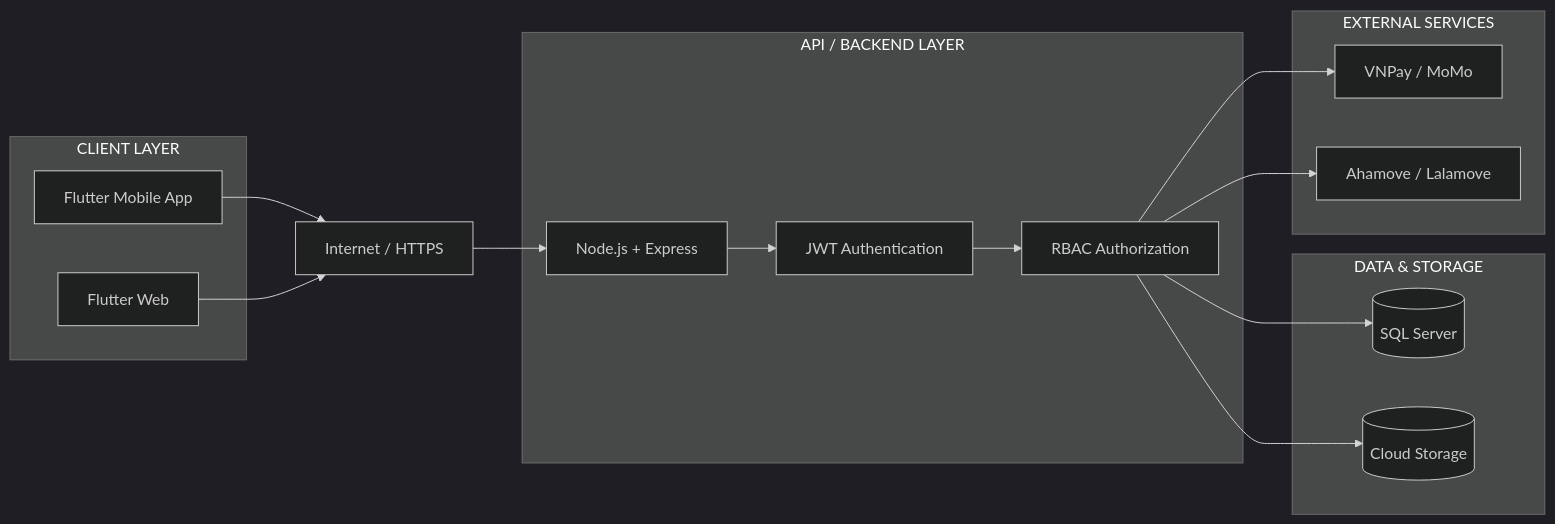
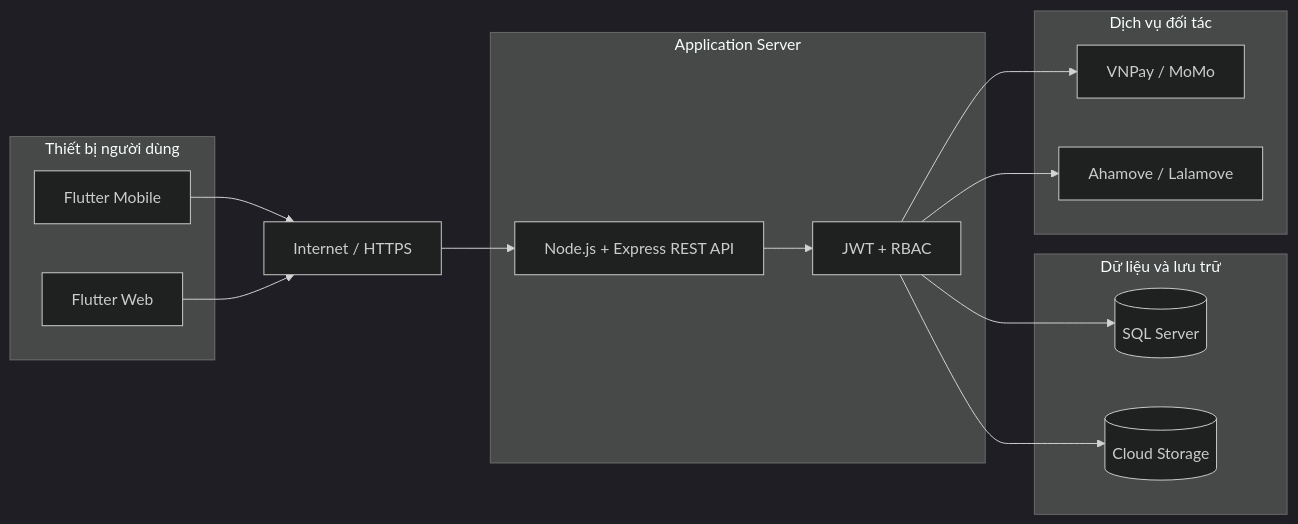
The first of 5 diagrams in doc/week 2/sơ đồ kiến trúc & triển khai.md (huylamnhat/Photographer-enthusiastic-environment), drawn with Mermaid (dark theme) before and after one commit. The commit also changed other lines of this file, not shown here.

Commit message:
Update deployment diagram and business flow charts

````diff
--- a/doc/week 2/sơ đồ kiến trúc & triển khai.md
+++ b/doc/week 2/sơ đồ kiến trúc & triển khai.md
@@ -49,34 +51,28 @@
 ```mermaid
 flowchart LR
-    subgraph CLIENT["CLIENT LAYER"]
-        A["Flutter Mobile App"]
-        B["Flutter Web"]
-    end
-
-    C["Internet / HTTPS"]
-
-    subgraph BACKEND["API / BACKEND LAYER"]
-        D["Node.js + Express"]
-        E["JWT Authentication"]
-        F["RBAC Authorization"]
-        D --> E --> F
-    end
-
-    subgraph DATA["DATA & STORAGE"]
-        G[("SQL Server")]
-        H[("Cloud Storage")]
-    end
-
-    subgraph EXTERNAL["EXTERNAL SERVICES"]
-        I["VNPay / MoMo"]
-        J["Ahamove / Lalamove"]
-    end
-
-    A --> C
-    B --> C
-    C --> D
-    F --> G
-    F --> H
-    F --> I
-    F --> J
+ subgraph CLIENT["Thiết bị người dùng"]
+  A["Flutter Mobile"]
+  B["Flutter Web"]
+ end
+ C["Internet / HTTPS"]
+ subgraph BACKEND["Application Server"]
+  D["Node.js + Express REST API"]
+  E["JWT + RBAC"]
+  D --> E
+ end
+ subgraph DATA["Dữ liệu và lưu trữ"]
+  F[("SQL Server")]
+  G[("Cloud Storage")]
+ end
+ subgraph PARTNERS["Dịch vụ đối tác"]
+  H["VNPay / MoMo"]
+  I["Ahamove / Lalamove"]
+ end
+ A --> C
+ B --> C
+ C --> D
+ E --> F
+ E --> G
+ E --> H
+ E --> I
 ```
````
